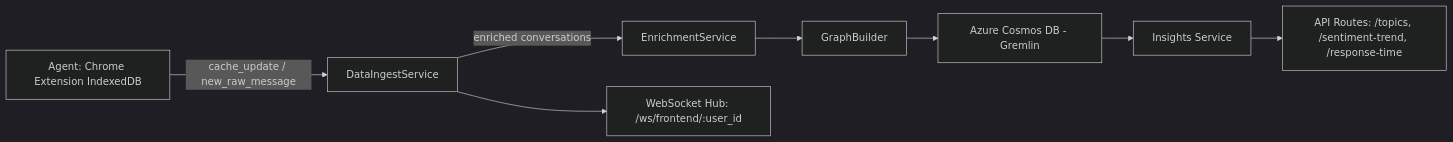
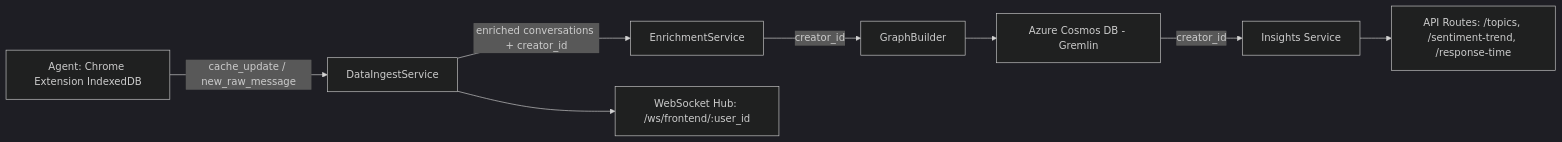
Before and after one commit to ramiradwan/onlyfans-conversational-analytics: the diagram in app/services/README.md, drawn with Mermaid (dark theme). The commit also changed other lines of this file and 61 other files, not shown here.

First line of the commit message:
Refactored extension + frontend, backend adjustments

````diff
--- a/app/services/README.md
+++ b/app/services/README.md
@@ -133,20 +134,19 @@
 ```mermaid  
-flowchart LR
-    EXT[Agent: Chrome Extension IndexedDB]
-    INGEST[DataIngestService]
-    ENRICH[EnrichmentService]
-    GRAPH[GraphBuilder]
-    COSMOS[Azure Cosmos DB - Gremlin]
-    INSIGHTS[Insights Service]
-    ROUTES[API Routes: /topics, /sentiment-trend, /response-time]
-    WS[WebSocket Hub: /ws/frontend/:user_id]
-
-    EXT -->|cache_update / new_raw_message| INGEST
-    INGEST -->|enriched conversations| ENRICH
-    ENRICH --> GRAPH
-    GRAPH --> COSMOS
-    COSMOS --> INSIGHTS
-    INSIGHTS --> ROUTES
-    INGEST --> WS
-
-  ```
+flowchart LR  
+    EXT[Agent: Chrome Extension IndexedDB]  
+    INGEST[DataIngestService]  
+    ENRICH[EnrichmentService]  
+    GRAPH[GraphBuilder]  
+    COSMOS[Azure Cosmos DB - Gremlin]  
+    INSIGHTS[Insights Service]  
+    ROUTES[API Routes: /topics, /sentiment-trend, /response-time]  
+    WS[WebSocket Hub: /ws/frontend/:user_id]  
+  
+    EXT -->|cache_update / new_raw_message| INGEST  
+    INGEST -->|enriched conversations + creator_id| ENRICH  
+    ENRICH -->|creator_id| GRAPH  
+    GRAPH --> COSMOS  
+    COSMOS -->|creator_id| INSIGHTS  
+    INSIGHTS --> ROUTES  
+    INGEST --> WS  
+```  
````
